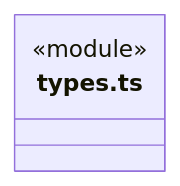
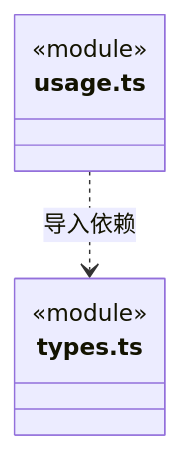
The second of 3 diagrams in src/backend/core/brain/ARCHITECTURE.md (nan023062/cbim), drawn with Mermaid before and after one commit. The commit also changed other lines of this file and 211 other files, not shown here.

````diff
--- a/src/backend/core/brain/ARCHITECTURE.md
+++ b/src/backend/core/brain/ARCHITECTURE.md
@@ -49,6 +50,10 @@
 ```mermaid
 classDiagram
 class N_src_backend_core_brain_types_ts["types.ts"] {
   <<module>>
 }
+class N_src_backend_core_brain_usage_ts["usage.ts"] {
+  <<module>>
+}
+N_src_backend_core_brain_usage_ts ..> N_src_backend_core_brain_types_ts : 导入依赖
 ```
````
